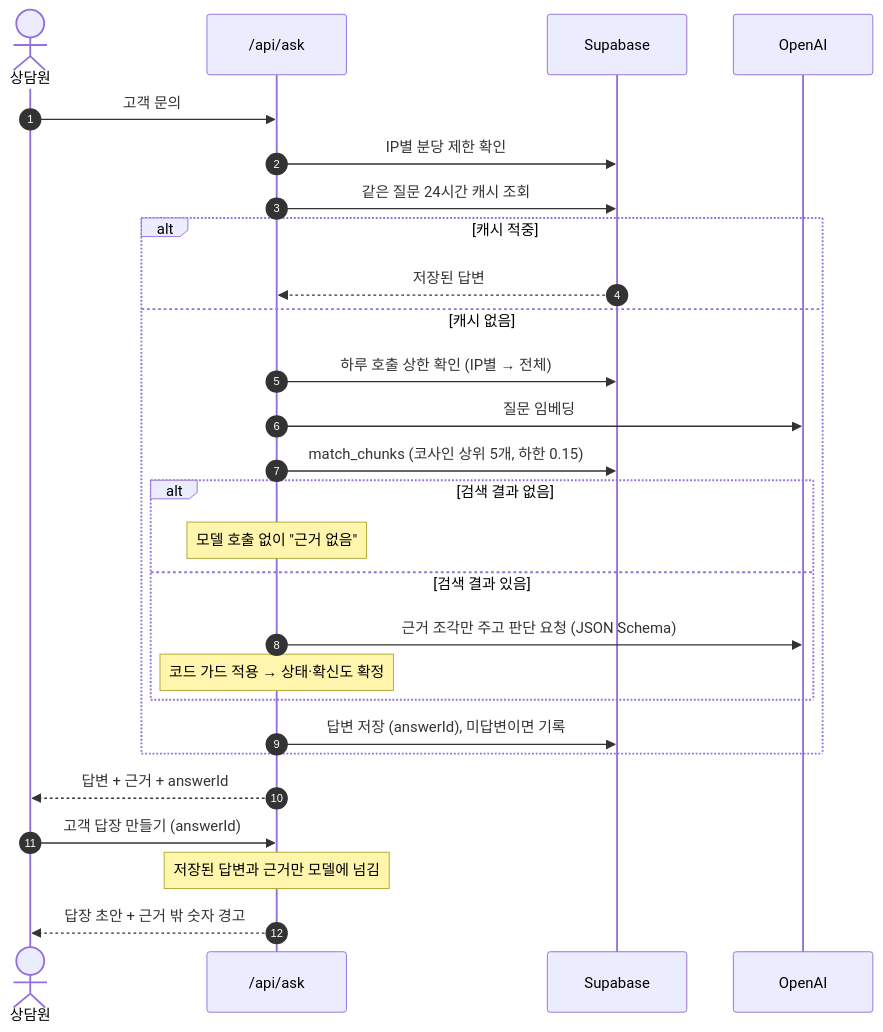
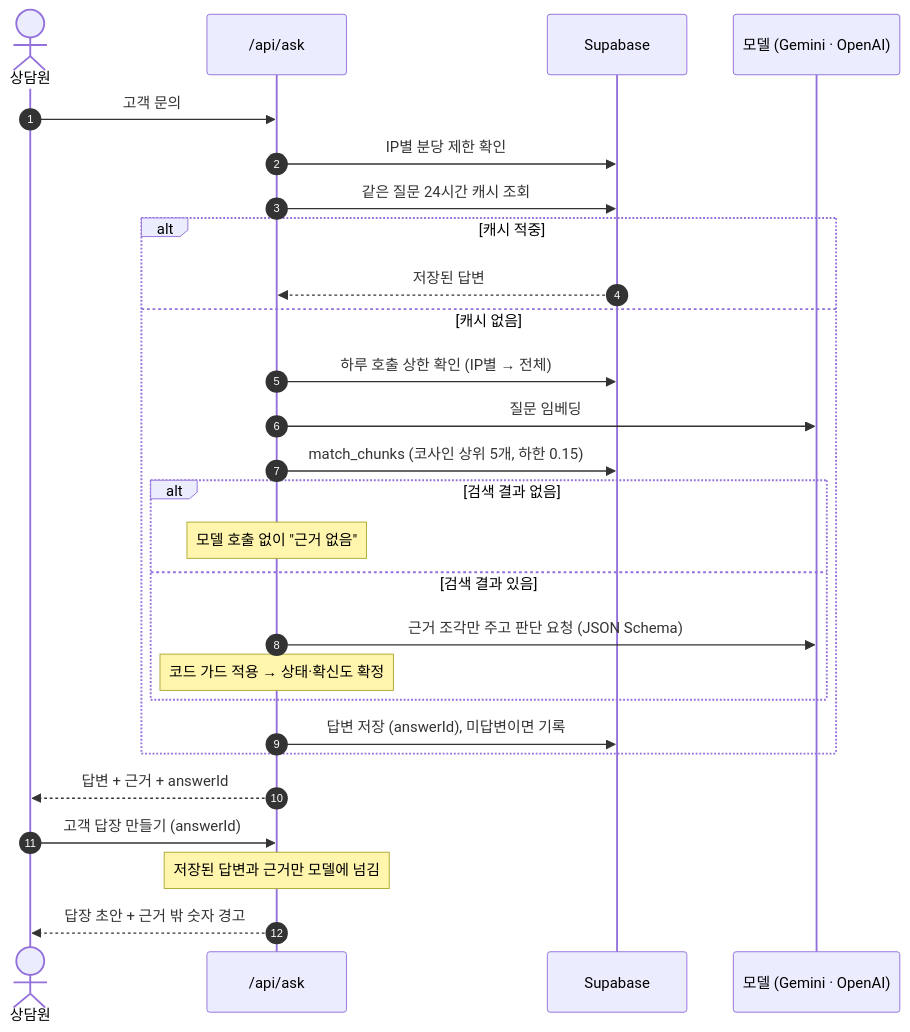
The second of 5 diagrams in architecture.md (EXPOIR0405/helpdesk-copilot), drawn with Mermaid before and after one commit. The commit also changed other lines of this file and 20 other files, not shown here.

````diff
--- a/architecture.md
+++ b/architecture.md
@@ -42,31 +47,31 @@
 ```mermaid
 sequenceDiagram
   autonumber
   actor A as 상담원
   participant API as /api/ask
   participant DB as Supabase
-  participant AI as OpenAI
+  participant AI as 모델 (Gemini · OpenAI)
 
   A->>API: 고객 문의
   API->>DB: IP별 분당 제한 확인
   API->>DB: 같은 질문 24시간 캐시 조회
   alt 캐시 적중
     DB-->>API: 저장된 답변
   else 캐시 없음
     API->>DB: 하루 호출 상한 확인 (IP별 → 전체)
     API->>AI: 질문 임베딩
     API->>DB: match_chunks (코사인 상위 5개, 하한 0.15)
     alt 검색 결과 없음
       Note over API: 모델 호출 없이 "근거 없음"
     else 검색 결과 있음
       API->>AI: 근거 조각만 주고 판단 요청 (JSON Schema)
       Note over API: 코드 가드 적용 → 상태·확신도 확정
     end
     API->>DB: 답변 저장 (answerId), 미답변이면 기록
   end
   API-->>A: 답변 + 근거 + answerId
 
   A->>API: 고객 답장 만들기 (answerId)
   Note over API: 저장된 답변과 근거만 모델에 넘김
   API-->>A: 답장 초안 + 근거 밖 숫자 경고
 ```
````
